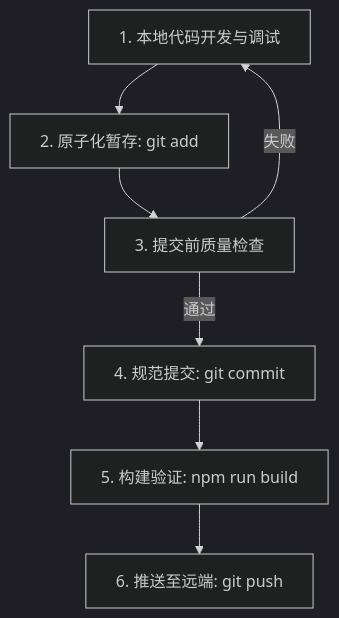
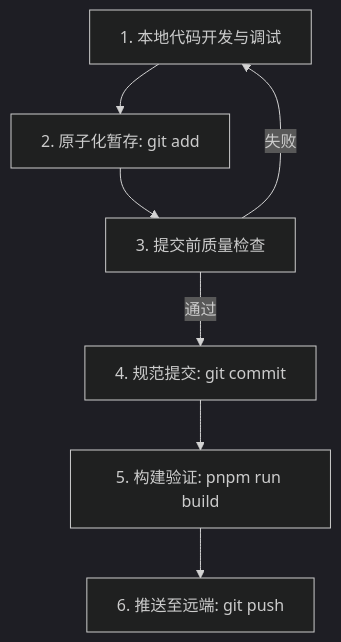
Before and after one commit to 490273789/obsidian-sorry-flash-card: the diagram in docs/git-commit-guide.md, drawn with Mermaid (dark theme). The commit also changed other lines of this file and 12 other files, not shown here.

Commit message:
refactor: switch from npm to pnpm for script commands and update style documentation

````diff
--- a/docs/git-commit-guide.md
+++ b/docs/git-commit-guide.md
@@ -85,9 +85,9 @@
 ```mermaid
 flowchart TD
     A[1. 本地代码开发与调试] --> B[2. 原子化暂存: git add]
     B --> C[3. 提交前质量检查]
     C -->|通过| D[4. 规范提交: git commit]
     C -->|失败| A
-    D --> E[5. 构建验证: npm run build]
+    D --> E[5. 构建验证: pnpm run build]
     E --> F[6. 推送至远端: git push]
 ```
````
